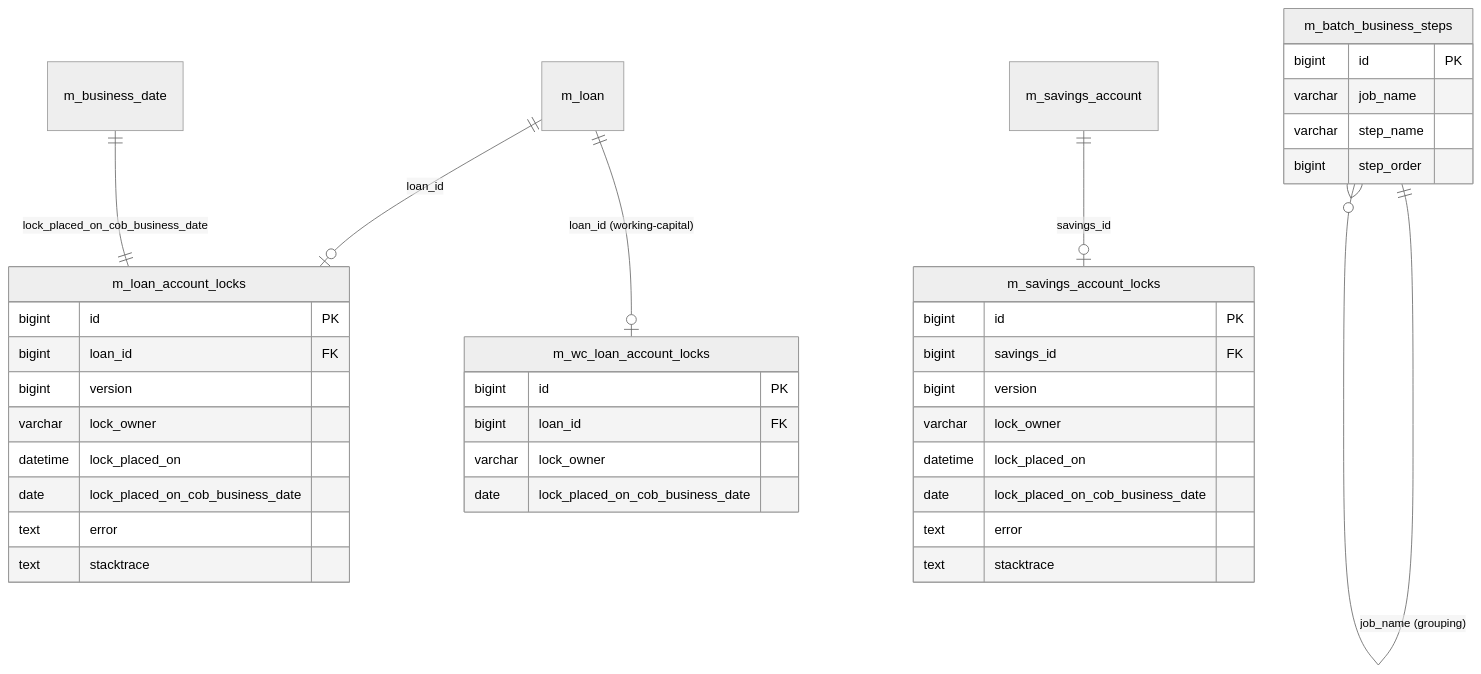
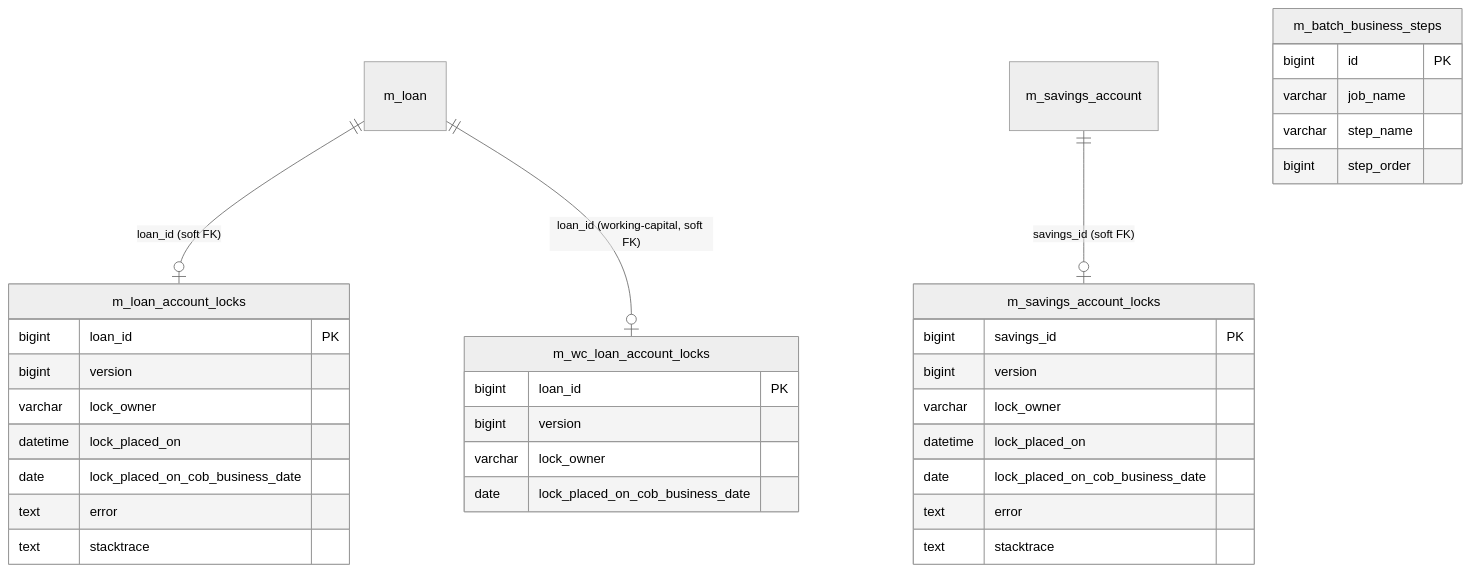
One commit to mintlify-atlas/docs-wiki-31b07890 changed the diagram in models/cob-and-locks-models.mdx. Above: the diagram before and after it, drawn with Mermaid (neutral theme). The commit also changed other lines of this file and 115 other files, not shown here.

````diff
--- a/models/cob-and-locks-models.mdx
+++ b/models/cob-and-locks-models.mdx
@@ -22,41 +22,37 @@
 ```mermaid
 erDiagram
-    m_loan ||--o| m_loan_account_locks : "loan_id"
-    m_loan ||--o| m_wc_loan_account_locks : "loan_id (working-capital)"
-    m_savings_account ||--o| m_savings_account_locks : "savings_id"
-    m_batch_business_steps ||--o{ m_batch_business_steps : "job_name (grouping)"
-    m_business_date ||--|| m_loan_account_locks : "lock_placed_on_cob_business_date"
+    m_loan ||--o| m_loan_account_locks : "loan_id (soft FK)"
+    m_loan ||--o| m_wc_loan_account_locks : "loan_id (working-capital, soft FK)"
+    m_savings_account ||--o| m_savings_account_locks : "savings_id (soft FK)"
 
     m_loan_account_locks {
-        bigint id PK
-        bigint loan_id FK
+        bigint loan_id PK
         bigint version
         varchar lock_owner
         datetime lock_placed_on
         date lock_placed_on_cob_business_date
         text error
         text stacktrace
     }
     m_savings_account_locks {
-        bigint id PK
-        bigint savings_id FK
+        bigint savings_id PK
         bigint version
         varchar lock_owner
         datetime lock_placed_on
         date lock_placed_on_cob_business_date
         text error
         text stacktrace
     }
     m_wc_loan_account_locks {
-        bigint id PK
-        bigint loan_id FK
+        bigint loan_id PK
+        bigint version
         varchar lock_owner
         date lock_placed_on_cob_business_date
     }
     m_batch_business_steps {
         bigint id PK
         varchar job_name
         varchar step_name
         bigint step_order
     }
 ```
````
